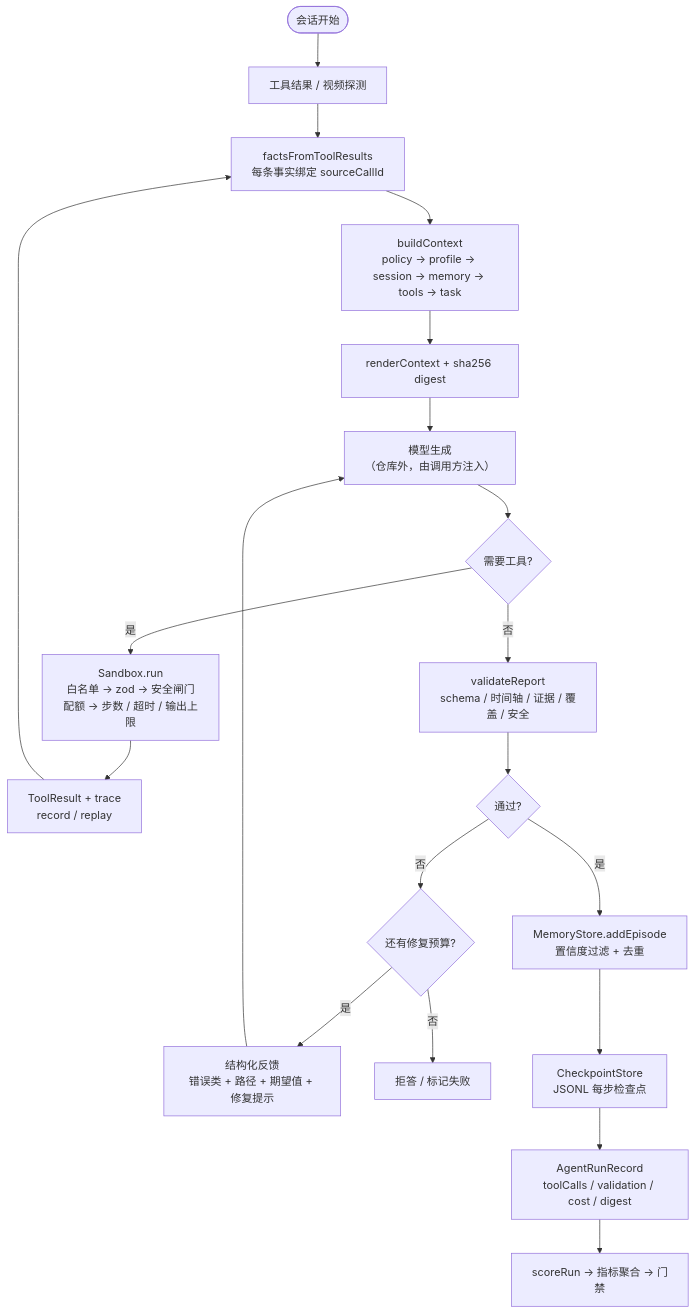
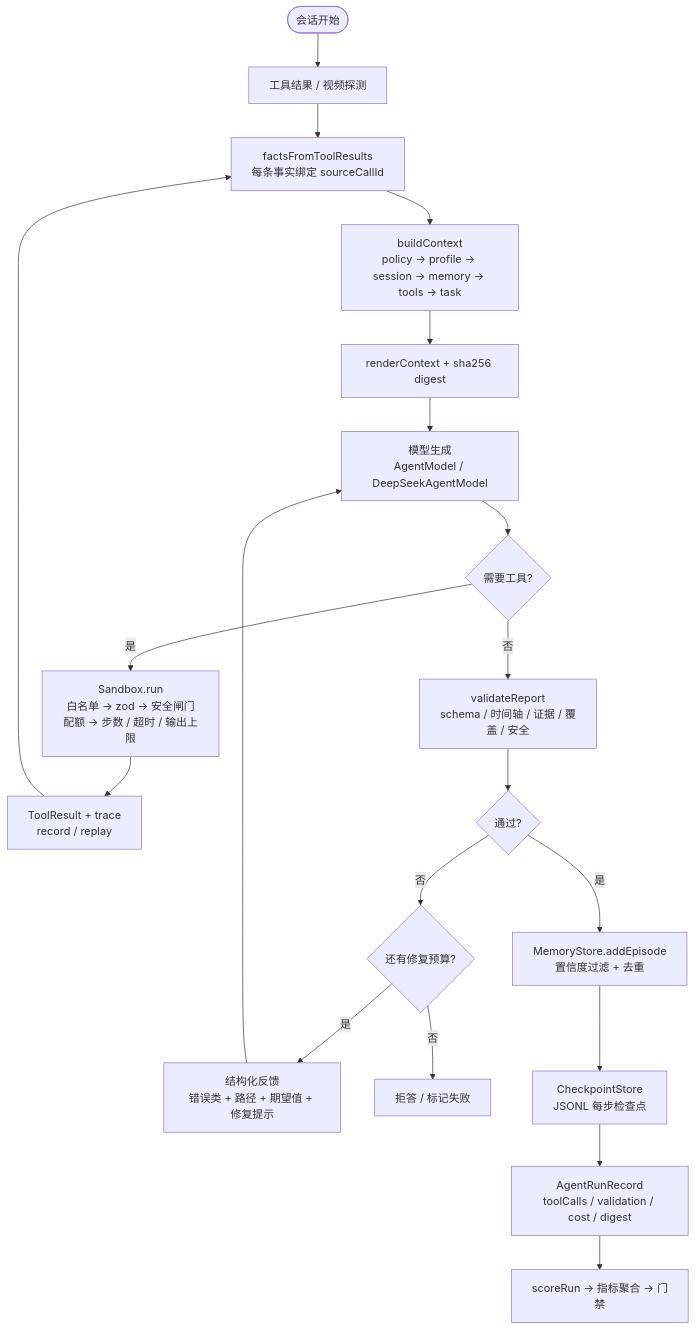
Before and after one commit to limeisha060331-creator/bouldering-ai-coach: the sixth of 6 diagrams in PROJECT_ARCHITECTURE.md, drawn with Mermaid. The commit also changed other lines of this file, not shown here.

Commit message:
docs(architecture): 同步 Agent 接入后的架构说明

````diff
--- a/PROJECT_ARCHITECTURE.md
+++ b/PROJECT_ARCHITECTURE.md
@@ -684,25 +685,25 @@
 ```mermaid
 flowchart TD
     Start([会话开始]) --> ToolFacts["工具结果 / 视频探测"]
     ToolFacts --> Facts["factsFromToolResults<br/>每条事实绑定 sourceCallId"]
     Facts --> Context["buildContext<br/>policy → profile → session → memory → tools → task"]
     Context --> Render["renderContext + sha256 digest"]
-    Render --> Model["模型生成<br/>（仓库外，由调用方注入）"]
+    Render --> Model["模型生成<br/>AgentModel / DeepSeekAgentModel"]
     Model --> NeedTool{需要工具?}
 
     NeedTool -- 是 --> Sandbox["Sandbox.run<br/>白名单 → zod → 安全闸门<br/>配额 → 步数 / 超时 / 输出上限"]
     Sandbox --> Result["ToolResult + trace<br/>record / replay"]
     Result --> Facts
 
     NeedTool -- 否 --> Validate["validateReport<br/>schema / 时间轴 / 证据 / 覆盖 / 安全"]
     Validate --> Pass{通过?}
     Pass -- 否 --> Budget{还有修复预算?}
     Budget -- 是 --> Feedback["结构化反馈<br/>错误类 + 路径 + 期望值 + 修复提示"]
     Feedback --> Model
     Budget -- 否 --> Reject["拒答 / 标记失败"]
 
     Pass -- 是 --> Memory["MemoryStore.addEpisode<br/>置信度过滤 + 去重"]
     Memory --> Checkpoint["CheckpointStore<br/>JSONL 每步检查点"]
     Checkpoint --> Record["AgentRunRecord<br/>toolCalls / validation / cost / digest"]
     Record --> Eval["scoreRun → 指标聚合 → 门禁"]
 ```
````
